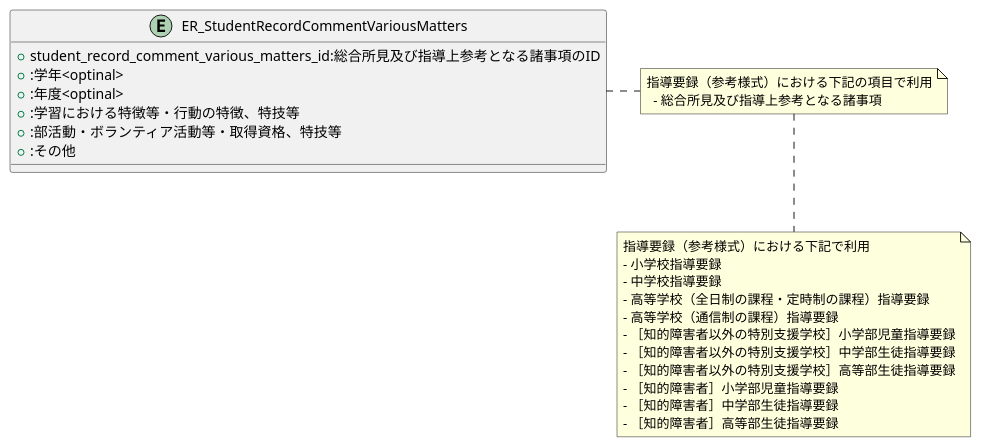
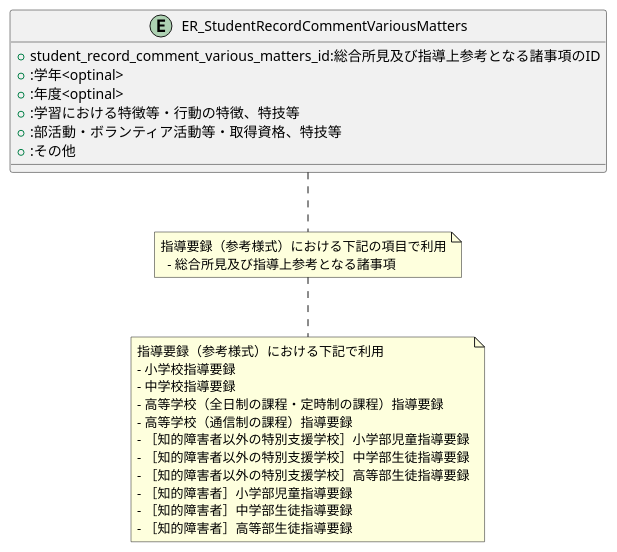
One commit to popoposorara/ERP_ER changed the diagram in Entity/ER_StudentRecordCommentVariousMatters.pu. Above: the diagram before and after it, drawn with PlantUML. The commit also changed 19 other files, not shown here.

```diff
--- a/Entity/ER_StudentRecordCommentVariousMatters.pu
+++ b/Entity/ER_StudentRecordCommentVariousMatters.pu
@@ -1,31 +1,31 @@
 @startuml
 
 entity "ER_StudentRecordCommentVariousMatters"{
     + student_record_comment_various_matters_id:総合所見及び指導上参考となる諸事項のID
     + :学年<optinal>
     + :年度<optinal>
     + :学習における特徴等・行動の特徴、特技等
     + :部活動・ボランティア活動等・取得資格、特技等
     + :その他
 }
 
-note right
+note bottom
 指導要録（参考様式）における下記の項目で利用
   - 総合所見及び指導上参考となる諸事項
 end note
 
 note bottom
 指導要録（参考様式）における下記で利用
 - 小学校指導要録
 - 中学校指導要録
 - 高等学校（全日制の課程・定時制の課程）指導要録
 - 高等学校（通信制の課程）指導要録
 - ［知的障害者以外の特別支援学校］小学部児童指導要録
 - ［知的障害者以外の特別支援学校］中学部生徒指導要録
 - ［知的障害者以外の特別支援学校］高等部生徒指導要録
 - ［知的障害者］小学部児童指導要録
 - ［知的障害者］中学部生徒指導要録
 - ［知的障害者］高等部生徒指導要録
 end note
 
 @enduml
```
